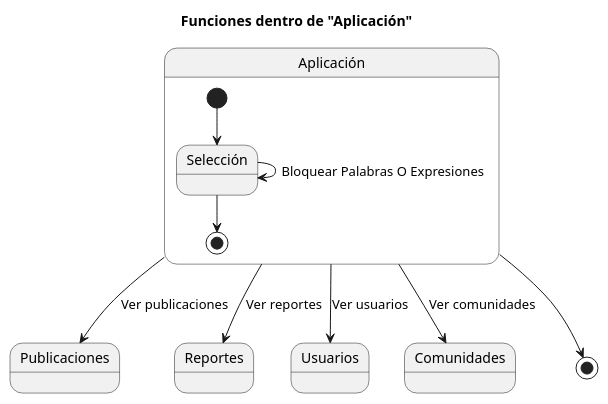
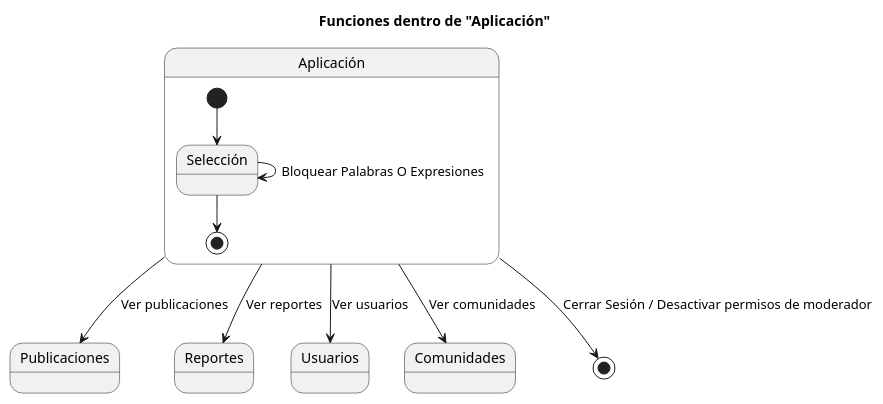
The diagram in CdU/DdContexto_Mod/7ª_Iteración/DdContexto_Mod(Aplicación).puml (miguelgomez75/24-25-IdSw1-SDR), drawn with PlantUML before and after one commit.

```diff
--- a/CdU/DdContexto_Mod/7ª_Iteración/DdContexto_Mod(Aplicación).puml
+++ b/CdU/DdContexto_Mod/7ª_Iteración/DdContexto_Mod(Aplicación).puml
@@ -1,17 +1,17 @@
 @startuml
 title Funciones dentro de "Aplicación"
 
 state Aplicación {
   [*] --> Selección
   Selección --> Selección : Bloquear Palabras O Expresiones
   
 
   Selección --> [*]
 }
 
 Aplicación --> Publicaciones:Ver publicaciones
 Aplicación --> Reportes: Ver reportes
 Aplicación --> Usuarios: Ver usuarios
 Aplicación --> Comunidades: Ver comunidades
-Aplicación --> [*]
+Aplicación --> [*] : Cerrar Sesión / Desactivar permisos de moderador
 @enduml
```
